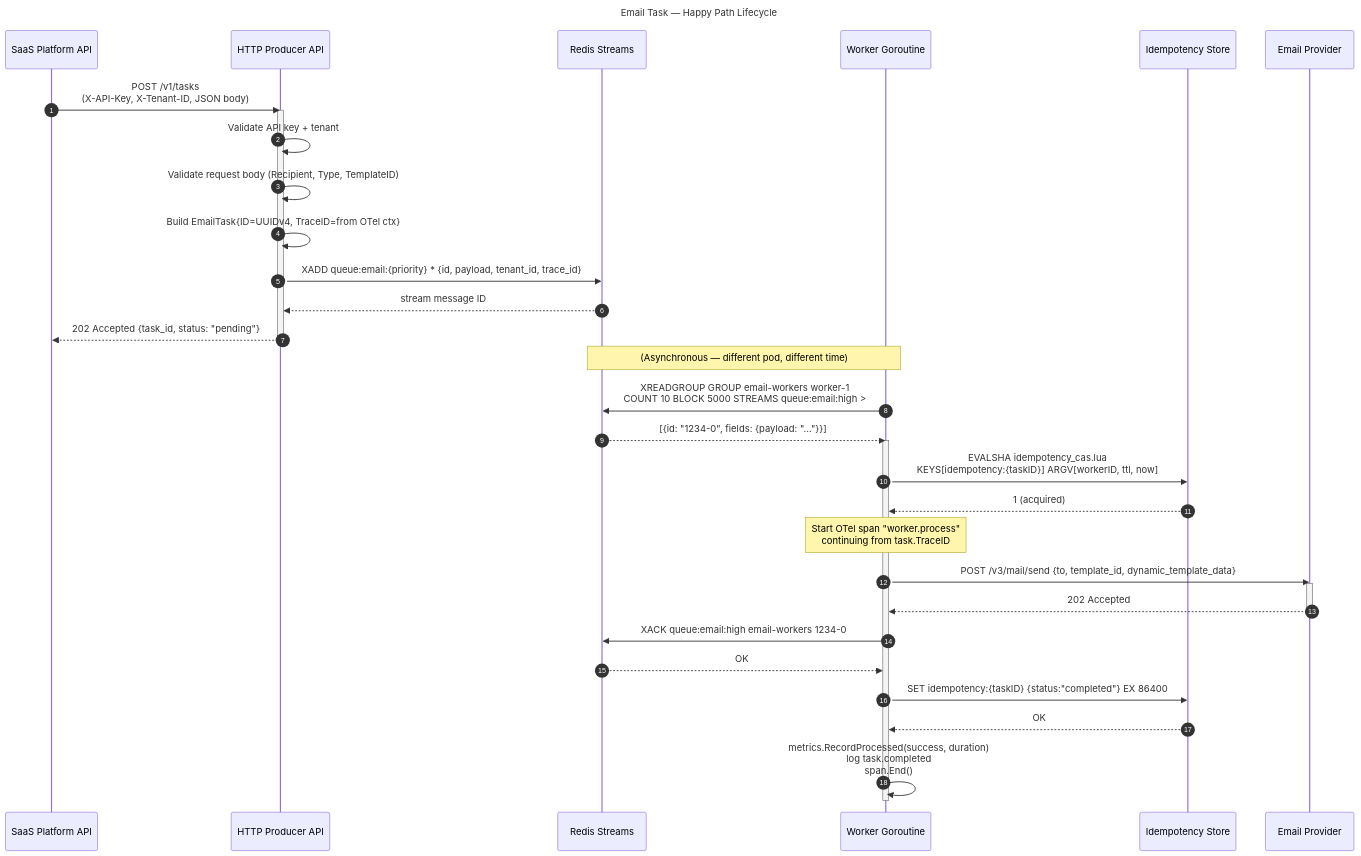
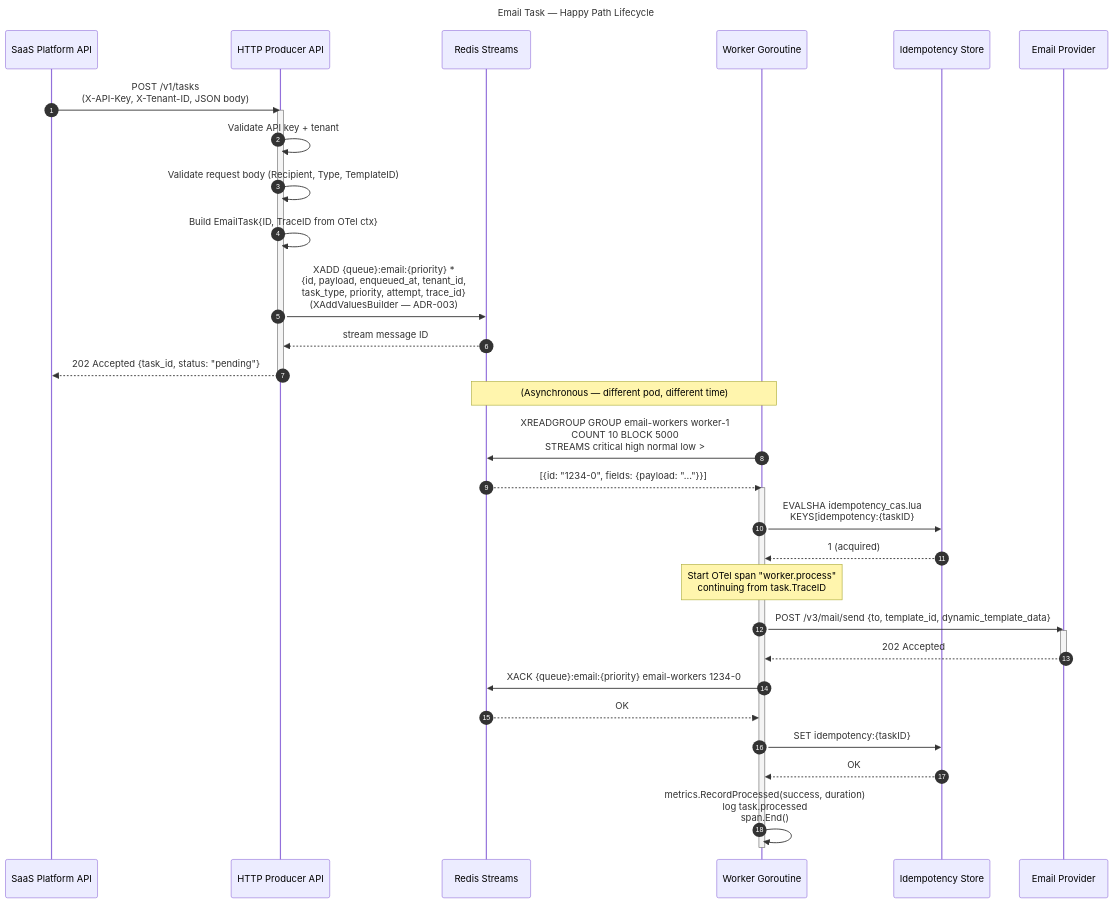
The diagram in docs/diagrams/task-lifecycle.mmd (DarioJejer/QTip-Challenge), drawn with Mermaid before and after one commit. The commit also changed 2 other files, not shown here.

Commit message:
docs(ADR-005): align retry architecture with M3-04 implementation
Update ADR-005 and lifecycle diagrams for XAddValuesBuilder, poison quarantine, supervisor ACK ordering, attempt-scoped idempotency, and ZCARD-based retry depth metrics.

```diff
--- a/docs/diagrams/task-lifecycle.mmd
+++ b/docs/diagrams/task-lifecycle.mmd
@@ -1,49 +1,49 @@
 ---
 title: Email Task — Happy Path Lifecycle
 ---
 sequenceDiagram
     autonumber
     participant Client as SaaS Platform API
     participant HTTP as HTTP Producer API
     participant Redis as Redis Streams
     participant Worker as Worker Goroutine
     participant Idem as Idempotency Store
     participant Email as Email Provider
 
     Client->>HTTP: POST /v1/tasks<br/>(X-API-Key, X-Tenant-ID, JSON body)
     activate HTTP
 
     HTTP->>HTTP: Validate API key + tenant
     HTTP->>HTTP: Validate request body (Recipient, Type, TemplateID)
-    HTTP->>HTTP: Build EmailTask{ID=UUIDv4, TraceID=from OTel ctx}
+    HTTP->>HTTP: Build EmailTask{ID, TraceID from OTel ctx}
 
-    HTTP->>Redis: XADD queue:email:{priority} * {id, payload, tenant_id, trace_id}
+    HTTP->>Redis: XADD {queue}:email:{priority} *<br/>{id, payload, enqueued_at, tenant_id,<br/>task_type, priority, attempt, trace_id}<br/>(XAddValuesBuilder — ADR-003)
     Redis-->>HTTP: stream message ID
 
     HTTP-->>Client: 202 Accepted {task_id, status: "pending"}
     deactivate HTTP
 
     Note over Redis,Worker: (Asynchronous — different pod, different time)
 
-    Worker->>Redis: XREADGROUP GROUP email-workers worker-1<br/>COUNT 10 BLOCK 5000 STREAMS queue:email:high >
+    Worker->>Redis: XREADGROUP GROUP email-workers worker-1<br/>COUNT 10 BLOCK 5000<br/>STREAMS critical high normal low >
     Redis-->>Worker: [{id: "1234-0", fields: {payload: "..."}}]
     activate Worker
 
-    Worker->>Idem: EVALSHA idempotency_cas.lua<br/>KEYS[idempotency:{taskID}] ARGV[workerID, ttl, now]
+    Worker->>Idem: EVALSHA idempotency_cas.lua<br/>KEYS[idempotency:{taskID}#{attempt}]<br/>attempt-scoped lock (ADR-006)
     Idem-->>Worker: 1 (acquired)
 
     Note over Worker: Start OTel span "worker.process"<br/>continuing from task.TraceID
 
     Worker->>Email: POST /v3/mail/send {to, template_id, dynamic_template_data}
     activate Email
     Email-->>Worker: 202 Accepted
     deactivate Email
 
-    Worker->>Redis: XACK queue:email:high email-workers 1234-0
+    Worker->>Redis: XACK {queue}:email:{priority} email-workers 1234-0
     Redis-->>Worker: OK
 
-    Worker->>Idem: SET idempotency:{taskID} {status:"completed"} EX 86400
+    Worker->>Idem: SET idempotency:{taskID}#{attempt}<br/>{status:"completed"} EX 86400
     Idem-->>Worker: OK
 
-    Worker->>Worker: metrics.RecordProcessed(success, duration)<br/>log task.completed<br/>span.End()
+    Worker->>Worker: metrics.RecordProcessed(success, duration)<br/>log task.processed<br/>span.End()
     deactivate Worker
```
